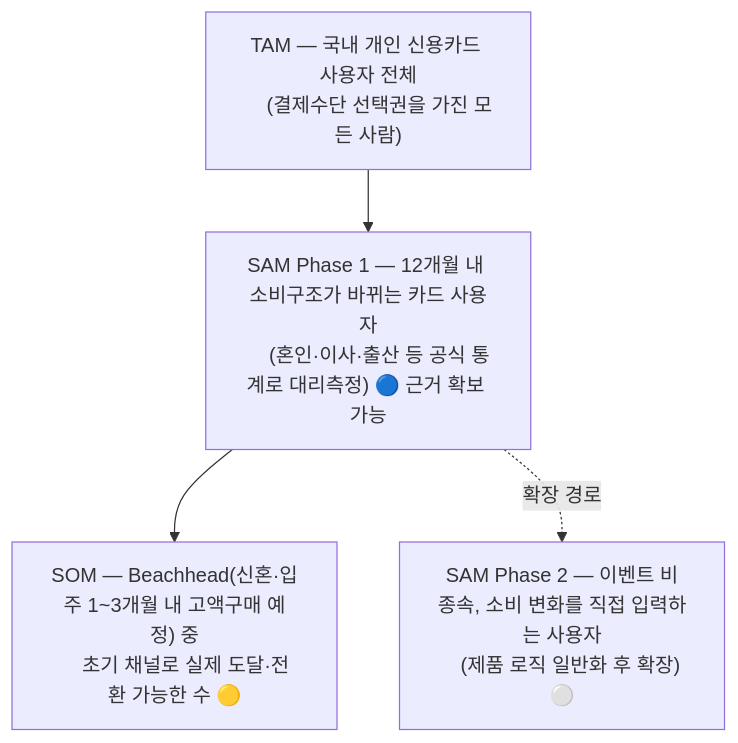
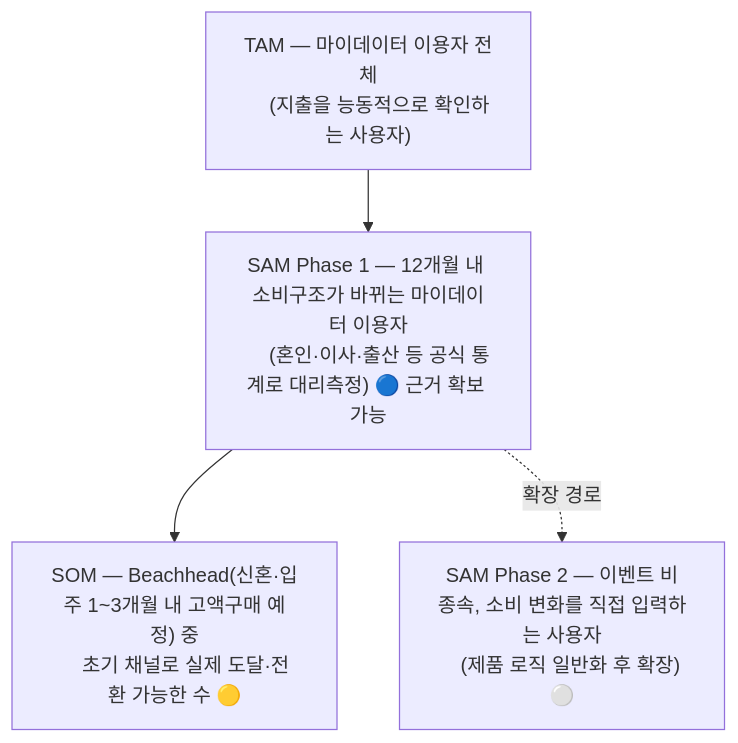
Before and after one commit to jennie-brain/team-project_2nd: the diagram in 효진/컨설팅 전 1페이지 브리프.md, drawn with Mermaid. The commit also changed other lines of this file and 6 other files, not shown here.

````diff
--- a/효진/컨설팅 전 1페이지 브리프.md
+++ b/효진/컨설팅 전 1페이지 브리프.md
@@ -34,13 +34,13 @@
 ```mermaid
 flowchart TD
-    TAM["TAM — 국내 개인 신용카드 사용자 전체
-    (결제수단 선택권을 가진 모든 사람)"]
-    SAM1["SAM Phase 1 — 12개월 내 소비구조가 바뀌는 카드 사용자
+    TAM["TAM — 마이데이터 이용자 전체
+    (지출을 능동적으로 확인하는 사용자)"]
+    SAM1["SAM Phase 1 — 12개월 내 소비구조가 바뀌는 마이데이터 이용자
     (혼인·이사·출산 등 공식 통계로 대리측정) 🔵 근거 확보 가능"]
     SAM2["SAM Phase 2 — 이벤트 비종속, 소비 변화를 직접 입력하는 사용자
     (제품 로직 일반화 후 확장) ⚪"]
     SOM["SOM — Beachhead(신혼·입주 1~3개월 내 고액구매 예정) 중
     초기 채널로 실제 도달·전환 가능한 수 🟡"]
     TAM --> SAM1 --> SOM
     SAM1 -. 확장 경로 .-> SAM2
 ```
````
